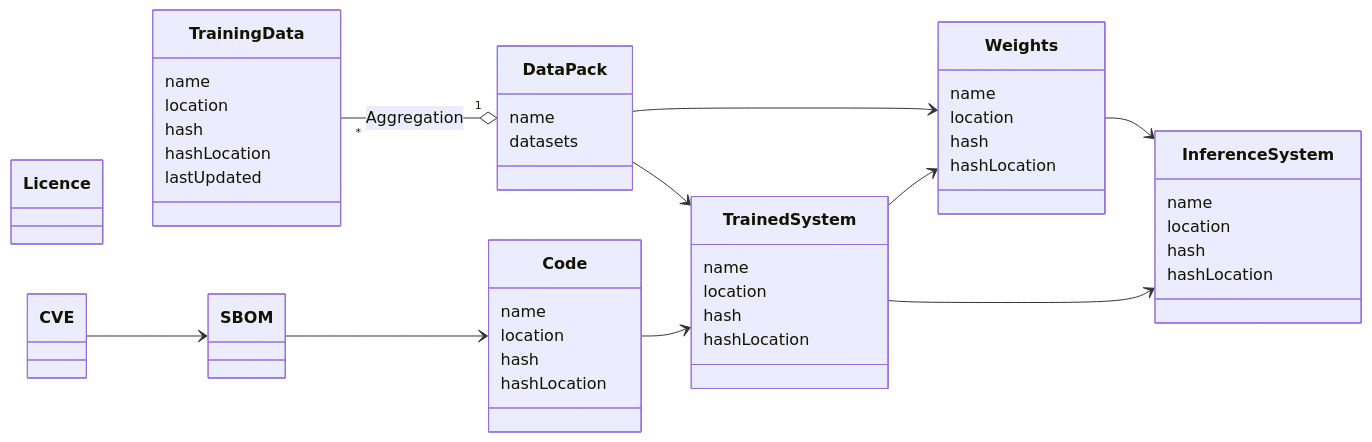
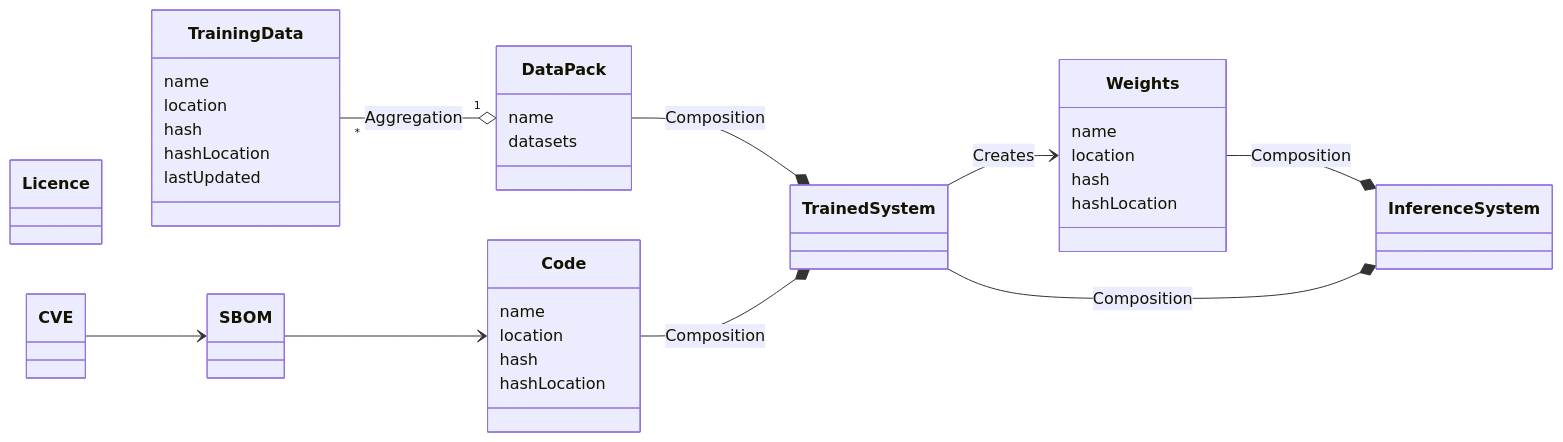
Before and after one commit to nqminds/Trusted-AI-BOM: the diagram in packages/docusaurus/docs/working-docs/30-requirements-and-design/30-requirements-and-design.md, drawn with Mermaid.

Commit message:
[2024-10-29 12:11:24] Tony McCaigue: Requirements & Design [2024-10-29 12:11:24] Tony McCaigue: Requirements & Design

````diff
--- a/packages/docusaurus/docs/working-docs/30-requirements-and-design/30-requirements-and-design.md
+++ b/packages/docusaurus/docs/working-docs/30-requirements-and-design/30-requirements-and-design.md
@@ -7,72 +7,64 @@
 ```mermaid
 
 classDiagram 
     direction LR
 
     class DataPack {
         name
         datasets
     }
 
     class TrainingData{
         name
         location
         hash
         hashLocation
         lastUpdated
     }
 
     class Licence{
     }
 
     class CVE{
     }
 
     class SBOM {
     }
 
     class TrainedSystem {
-        name
-        location
-        hash
-        hashLocation
+
     }
 
     class InferenceSystem{
-        name
-        location
-        hash
-        hashLocation
     }
     
     class Weights{
         name
         location
         hash
         hashLocation
     }
 
     class Code { 
         name
         location
         hash
         hashLocation
     }
 
     TrainingData "*" --o "1" DataPack : Aggregation
-    DataPack --> TrainedSystem
-    DataPack --> Weights
-    Weights --> InferenceSystem
-    TrainedSystem --> Weights
-    TrainedSystem --> InferenceSystem
+    DataPack --* TrainedSystem : Composition
+    Weights --* InferenceSystem : Composition
+    TrainedSystem --> Weights : Creates
+    TrainedSystem --* InferenceSystem : Composition
 
     %% Licence --> TrainingData
     %% Licence --> Code
     %% Licence --> TrainedSystem
     %% Licence --> InferenceSystem
 
     CVE --> SBOM
     SBOM --> Code  
-    Code --> TrainedSystem  
+    Code --* TrainedSystem : Composition
 
 ```
````
